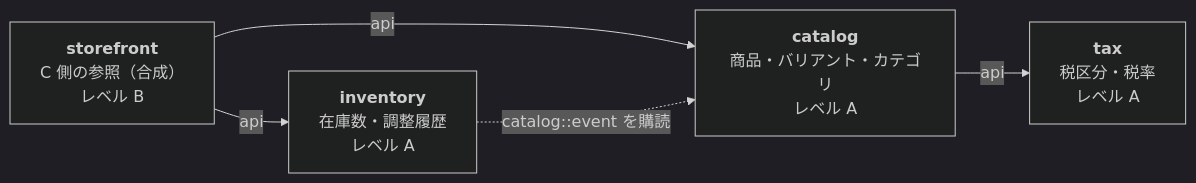
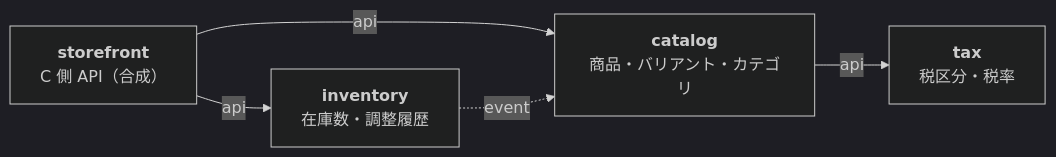
One commit to roger88106/ec-site changed the diagram in docs/specs/001-catalog-and-inventory/plan.md. Above: the diagram before and after it, drawn with Mermaid (dark theme). The commit also changed other lines of this file and 2 other files, not shown here.

````diff
--- a/docs/specs/001-catalog-and-inventory/plan.md
+++ b/docs/specs/001-catalog-and-inventory/plan.md
@@ -18,12 +7,12 @@
 ```mermaid
 flowchart LR
-    storefront["<b>storefront</b><br/>C 側の参照（合成）<br/>レベル B"]
-    catalog["<b>catalog</b><br/>商品・バリアント・カテゴリ<br/>レベル A"]
-    inventory["<b>inventory</b><br/>在庫数・調整履歴<br/>レベル A"]
-    tax["<b>tax</b><br/>税区分・税率<br/>レベル A"]
+    storefront["<b>storefront</b><br/>C 側 API（合成）"]
+    catalog["<b>catalog</b><br/>商品・バリアント・カテゴリ"]
+    inventory["<b>inventory</b><br/>在庫数・調整履歴"]
+    tax["<b>tax</b><br/>税区分・税率"]
 
     storefront -- "api" --> catalog
     storefront -- "api" --> inventory
     catalog -- "api" --> tax
-    inventory -. "catalog::event を購読" .-> catalog
+    inventory -. "event" .-> catalog
 ```
````
